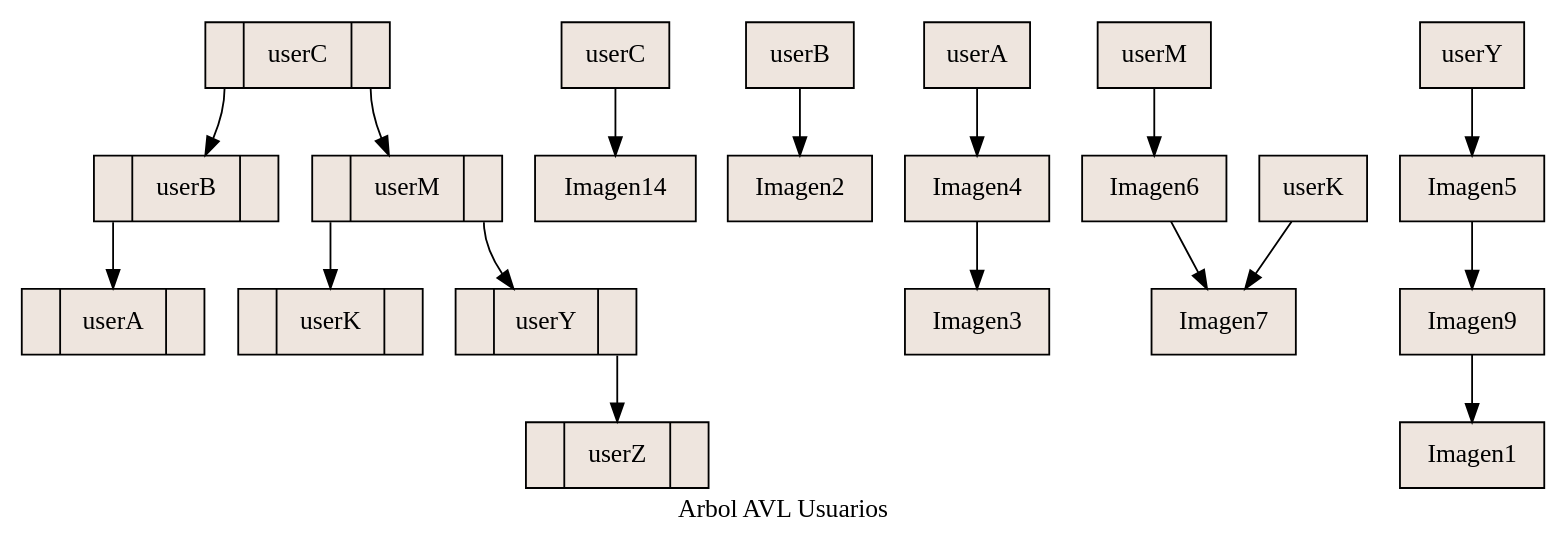
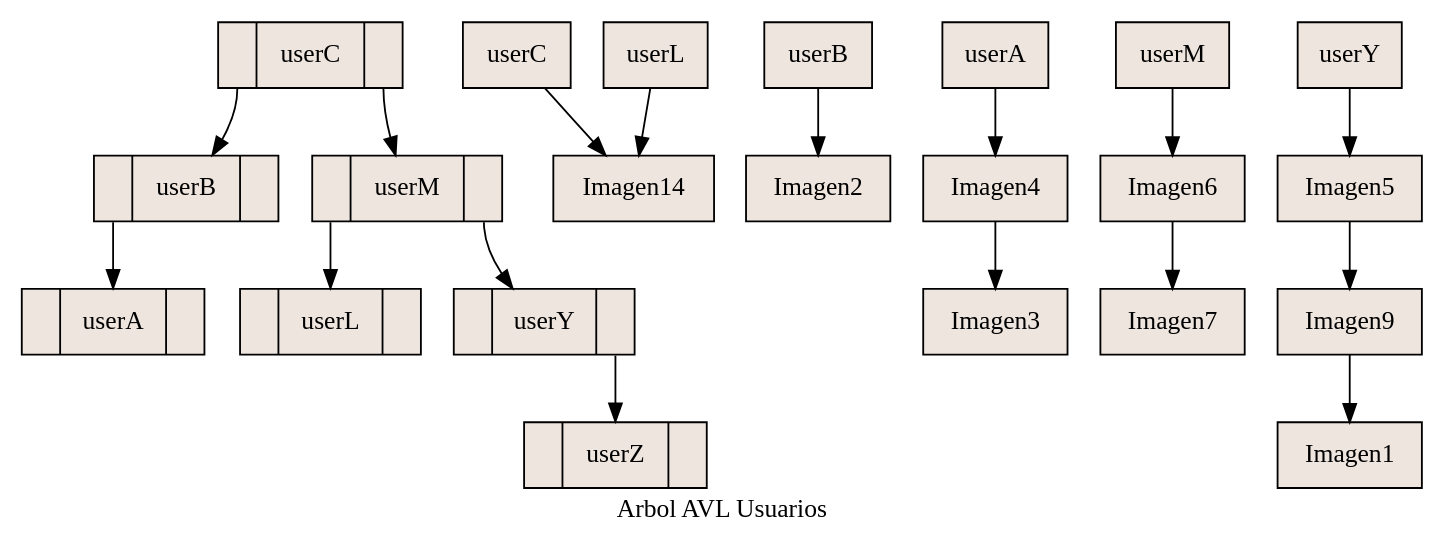
The diagram in Proyecto1EDD/ArbAvl.dot (EdsonArmando/Proyecto1EDD), drawn with Graphviz before and after one commit. The commit also changed 39 other files, not shown here.

```diff
--- a/Proyecto1EDD/ArbAvl.dot
+++ b/Proyecto1EDD/ArbAvl.dot
@@ -1,29 +1,29 @@
 digraph grafica{
 rankdir=TB;
  label="Arbol AVL Usuarios"; 
  node [shape = record, style=filled, fillcolor=seashell2];
 nodouserC [ label = "<C0>|userC|<C1>"];
 nodouserB [ label = "<C0>|userB|<C1>"];
 nodouserA [ label = "<C0>|userA|<C1>"];
 nodouserM [ label = "<C0>|userM|<C1>"];
-nodouserK [ label = "<C0>|userK|<C1>"];
+nodouserL [ label = "<C0>|userL|<C1>"];
 nodouserY [ label = "<C0>|userY|<C1>"];
 nodouserZ [ label = "<C0>|userZ|<C1>"];
 nodouserC:C0->nodouserB
 nodouserC:C1->nodouserM
 nodouserB:C0->nodouserA
-nodouserM:C0->nodouserK
+nodouserM:C0->nodouserL
 nodouserM:C1->nodouserY
 nodouserY:C1->nodouserZ
 
 userC->Imagen14
 userB->Imagen2
 userA->Imagen4
 Imagen4->Imagen3
 userM->Imagen6
 Imagen6->Imagen7
-userK->Imagen7
+userL->Imagen14
 userY->Imagen5
 Imagen5->Imagen9
 Imagen9->Imagen1
 }
```
